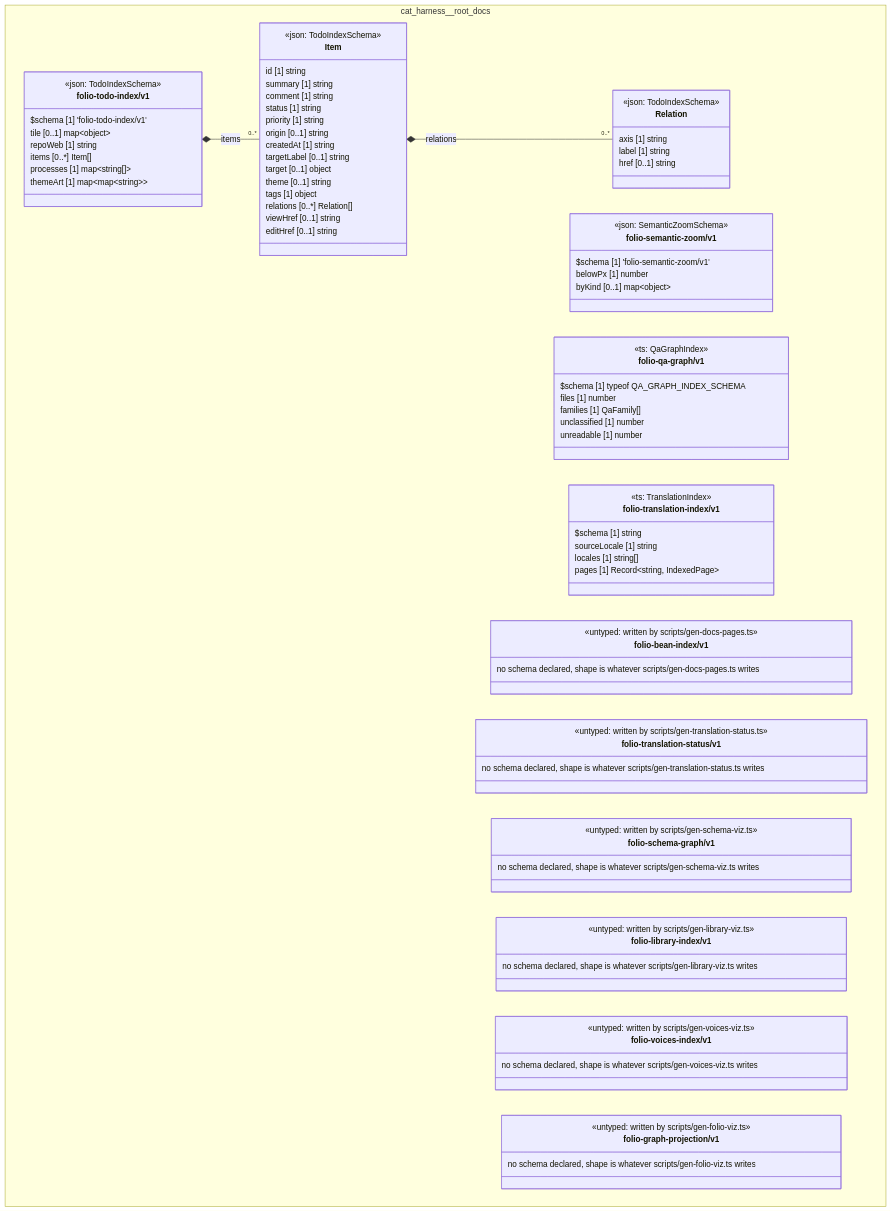
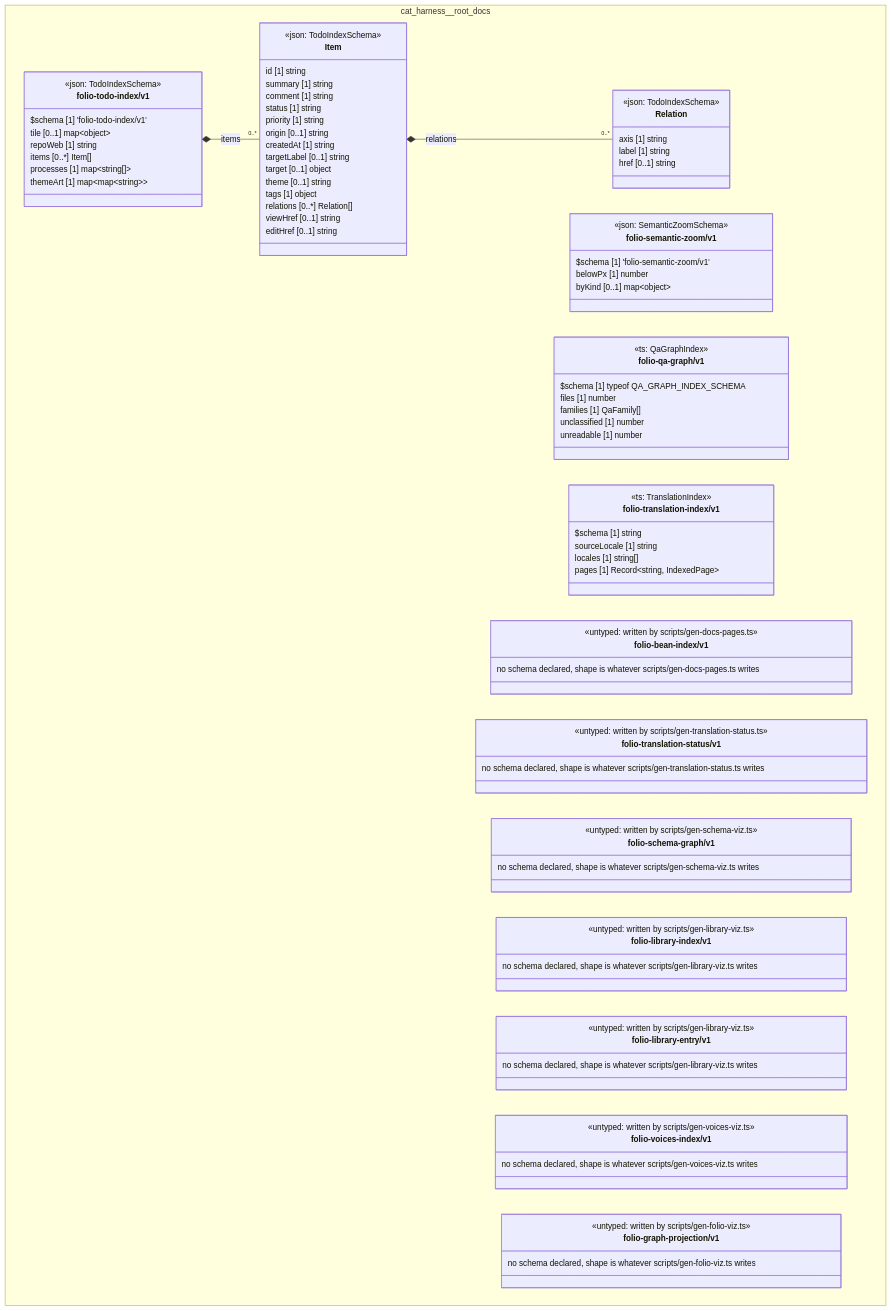
One commit to litlfred/folio-assistant changed the diagram in cat-harness/uml/overview/cat-harness/root-docs.mmd. Above: the diagram before and after it, drawn with Mermaid. The commit also changed 62 other files, not shown here.

```diff
--- a/cat-harness/uml/overview/cat-harness/root-docs.mmd
+++ b/cat-harness/uml/overview/cat-harness/root-docs.mmd
@@ -1,95 +1,100 @@
 classDiagram
   direction TB
   namespace cat_harness__root_docs {
     class cat_harness_root_docs_folio_todo_index_v1_Relation["Relation"] {
       <<json: TodoIndexSchema>>
       axis [1] string
       label [1] string
       href [0..1] string
     }
     class cat_harness_root_docs_folio_todo_index_v1_Item["Item"] {
       <<json: TodoIndexSchema>>
       id [1] string
       summary [1] string
       comment [1] string
       status [1] string
       priority [1] string
       origin [0..1] string
       createdAt [1] string
       targetLabel [0..1] string
       target [0..1] object
       theme [0..1] string
       tags [1] object
       relations [0..*] Relation[]
       viewHref [0..1] string
       editHref [0..1] string
     }
     class cat_harness_root_docs_folio_todo_index_v1_folio_todo_index_v1["folio-todo-index/v1"] {
       <<json: TodoIndexSchema>>
       $schema [1] 'folio-todo-index/v1'
       tile [0..1] map~object~
       repoWeb [1] string
       items [0..*] Item[]
       processes [1] map~string[]~
       themeArt [1] map~map~string~~
     }
     class cat_harness_root_docs_folio_semantic_zoom_v1_folio_semantic_zoom_v1["folio-semantic-zoom/v1"] {
       <<json: SemanticZoomSchema>>
       $schema [1] 'folio-semantic-zoom/v1'
       belowPx [1] number
       byKind [0..1] map~object~
     }
     class cat_harness_root_docs_folio_qa_graph_v1["folio-qa-graph/v1"] {
       <<ts: QaGraphIndex>>
       $schema [1] typeof QA_GRAPH_INDEX_SCHEMA
       files [1] number
       families [1] QaFamily[]
       unclassified [1] number
       unreadable [1] number
     }
     class cat_harness_root_docs_folio_translation_index_v1["folio-translation-index/v1"] {
       <<ts: TranslationIndex>>
       $schema [1] string
       sourceLocale [1] string
       locales [1] string[]
       pages [1] Record~string, IndexedPage~
     }
     class cat_harness_root_docs_folio_bean_index_v1["folio-bean-index/v1"] {
       <<untyped: written by scripts/gen-docs-pages.ts>>
       no schema declared, shape is whatever scripts/gen-docs-pages.ts writes
     }
     class cat_harness_root_docs_folio_translation_status_v1["folio-translation-status/v1"] {
       <<untyped: written by scripts/gen-translation-status.ts>>
       no schema declared, shape is whatever scripts/gen-translation-status.ts writes
     }
     class cat_harness_root_docs_folio_schema_graph_v1["folio-schema-graph/v1"] {
       <<untyped: written by scripts/gen-schema-viz.ts>>
       no schema declared, shape is whatever scripts/gen-schema-viz.ts writes
     }
     class cat_harness_root_docs_folio_library_index_v1["folio-library-index/v1"] {
       <<untyped: written by scripts/gen-library-viz.ts>>
       no schema declared, shape is whatever scripts/gen-library-viz.ts writes
     }
+    class cat_harness_root_docs_folio_library_entry_v1["folio-library-entry/v1"] {
+      <<untyped: written by scripts/gen-library-viz.ts>>
+      no schema declared, shape is whatever scripts/gen-library-viz.ts writes
+    }
     class cat_harness_root_docs_folio_voices_index_v1["folio-voices-index/v1"] {
       <<untyped: written by scripts/gen-voices-viz.ts>>
       no schema declared, shape is whatever scripts/gen-voices-viz.ts writes
     }
     class cat_harness_root_docs_folio_graph_projection_v1["folio-graph-projection/v1"] {
       <<untyped: written by scripts/gen-folio-viz.ts>>
       no schema declared, shape is whatever scripts/gen-folio-viz.ts writes
     }
   }
   cat_harness_root_docs_folio_todo_index_v1_Item *-- "0..*" cat_harness_root_docs_folio_todo_index_v1_Relation : relations
   cat_harness_root_docs_folio_todo_index_v1_folio_todo_index_v1 *-- "0..*" cat_harness_root_docs_folio_todo_index_v1_Item : items
   cssClass "cat_harness_root_docs_folio_todo_index_v1_Relation" fa_uml_kind_docs
   cssClass "cat_harness_root_docs_folio_todo_index_v1_Item" fa_uml_kind_docs
   cssClass "cat_harness_root_docs_folio_todo_index_v1_folio_todo_index_v1" fa_uml_kind_docs
   cssClass "cat_harness_root_docs_folio_semantic_zoom_v1_folio_semantic_zoom_v1" fa_uml_kind_docs
   cssClass "cat_harness_root_docs_folio_qa_graph_v1" fa_uml_kind_docs
   cssClass "cat_harness_root_docs_folio_translation_index_v1" fa_uml_kind_docs
   cssClass "cat_harness_root_docs_folio_bean_index_v1" fa_uml_kind_docs
   cssClass "cat_harness_root_docs_folio_translation_status_v1" fa_uml_kind_docs
   cssClass "cat_harness_root_docs_folio_schema_graph_v1" fa_uml_kind_docs
   cssClass "cat_harness_root_docs_folio_library_index_v1" fa_uml_kind_docs
+  cssClass "cat_harness_root_docs_folio_library_entry_v1" fa_uml_kind_docs
   cssClass "cat_harness_root_docs_folio_voices_index_v1" fa_uml_kind_docs
   cssClass "cat_harness_root_docs_folio_graph_projection_v1" fa_uml_kind_docs
```
